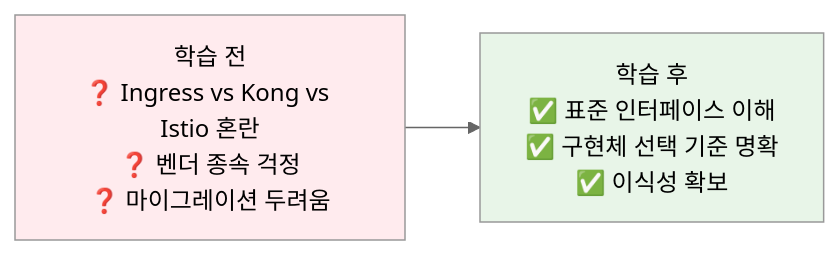
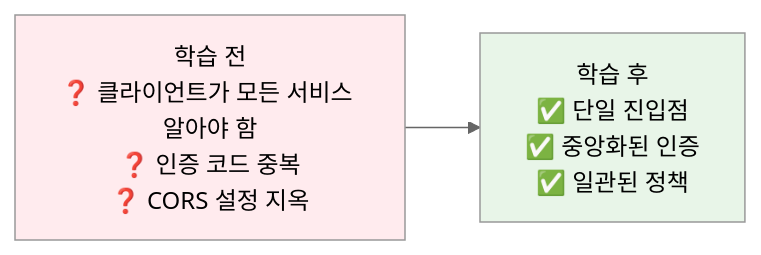
Before and after one commit to niceguy61/kdt_devops_lecture_2025: the first of 6 diagrams in theory/week_04/day2/session_1.md, drawn with Mermaid (neutral theme). The commit also changed other lines of this file and 2 other files, not shown here.

````diff
--- a/theory/week_04/day2/session_1.md
+++ b/theory/week_04/day2/session_1.md
@@ -34,7 +34,7 @@
 ```mermaid
 graph LR
-    A[학습 전<br/>❓ Ingress vs Kong vs Istio 혼란<br/>❓ 벤더 종속 걱정<br/>❓ 마이그레이션 두려움] --> B[학습 후<br/>✅ 표준 인터페이스 이해<br/>✅ 구현체 선택 기준 명확<br/>✅ 이식성 확보]
+    A[학습 전<br/>❓ 클라이언트가 모든 서비스 알아야 함<br/>❓ 인증 코드 중복<br/>❓ CORS 설정 지옥] --> B[학습 후<br/>✅ 단일 진입점<br/>✅ 중앙화된 인증<br/>✅ 일관된 정책]
     
     style A fill:#ffebee
     style B fill:#e8f5e8
 ```
````
